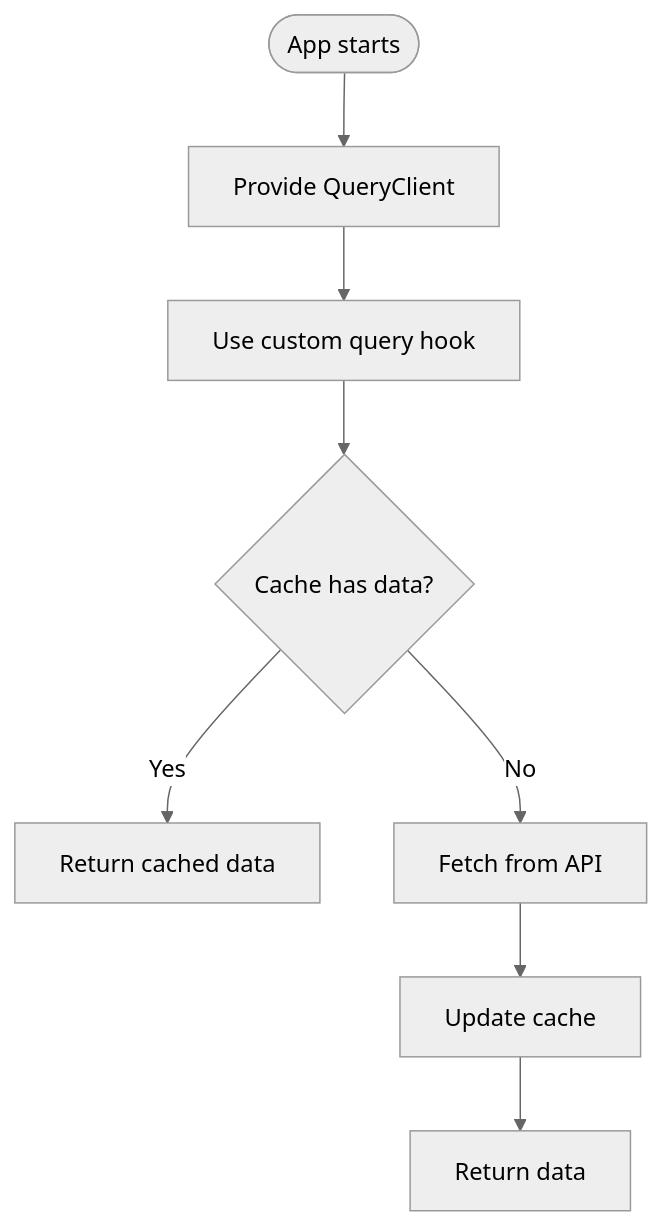
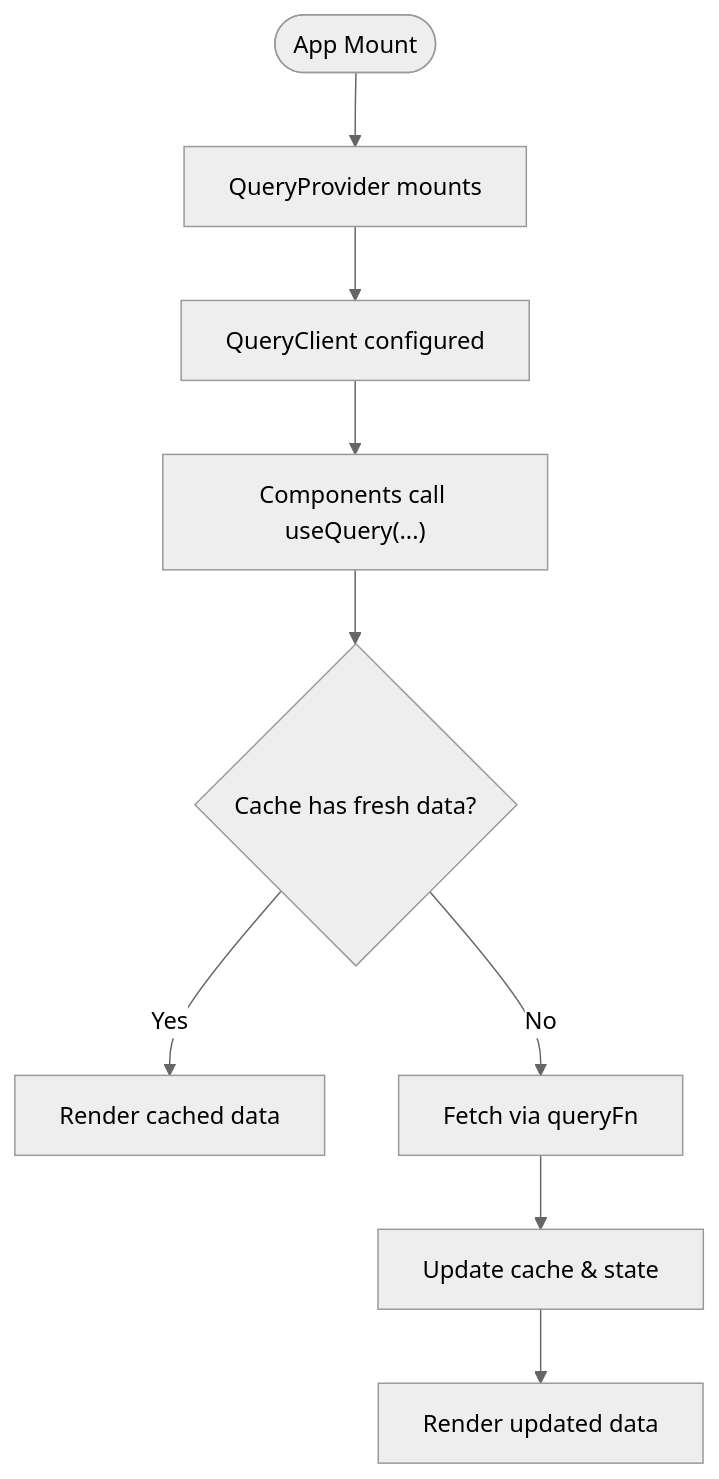
The third of 8 diagrams in .qoder/repowiki/en/content/State Management/State Management.md (Meaetin/alibaba-hackathon), drawn with Mermaid (neutral theme) before and after one commit. The commit also changed other lines of this file and 241 other files, not shown here.

````diff
--- a/.qoder/repowiki/en/content/State Management/State Management.md
+++ b/.qoder/repowiki/en/content/State Management/State Management.md
@@ -149,10 +161,11 @@
 ```mermaid
 flowchart TD
-Start(["App starts"]) --> Provide["Provide QueryClient"]
-Provide --> UseHook["Use custom query hook"]
-UseHook --> CacheCheck{"Cache has data?"}
-CacheCheck --> |Yes| ReturnCached["Return cached data"]
-CacheCheck --> |No| Fetch["Fetch from API"]
-Fetch --> UpdateCache["Update cache"]
-UpdateCache --> ReturnData["Return data"]
+Start(["App Mount"]) --> Provide["QueryProvider mounts"]
+Provide --> Client["QueryClient configured"]
+Client --> UseQuery["Components call useQuery(...)"]
+UseQuery --> CacheCheck{"Cache has fresh data?"}
+CacheCheck --> |Yes| RenderCached["Render cached data"]
+CacheCheck --> |No| Fetch["Fetch via queryFn"]
+Fetch --> UpdateCache["Update cache & state"]
+UpdateCache --> RenderFresh["Render updated data"]
 ```
````
